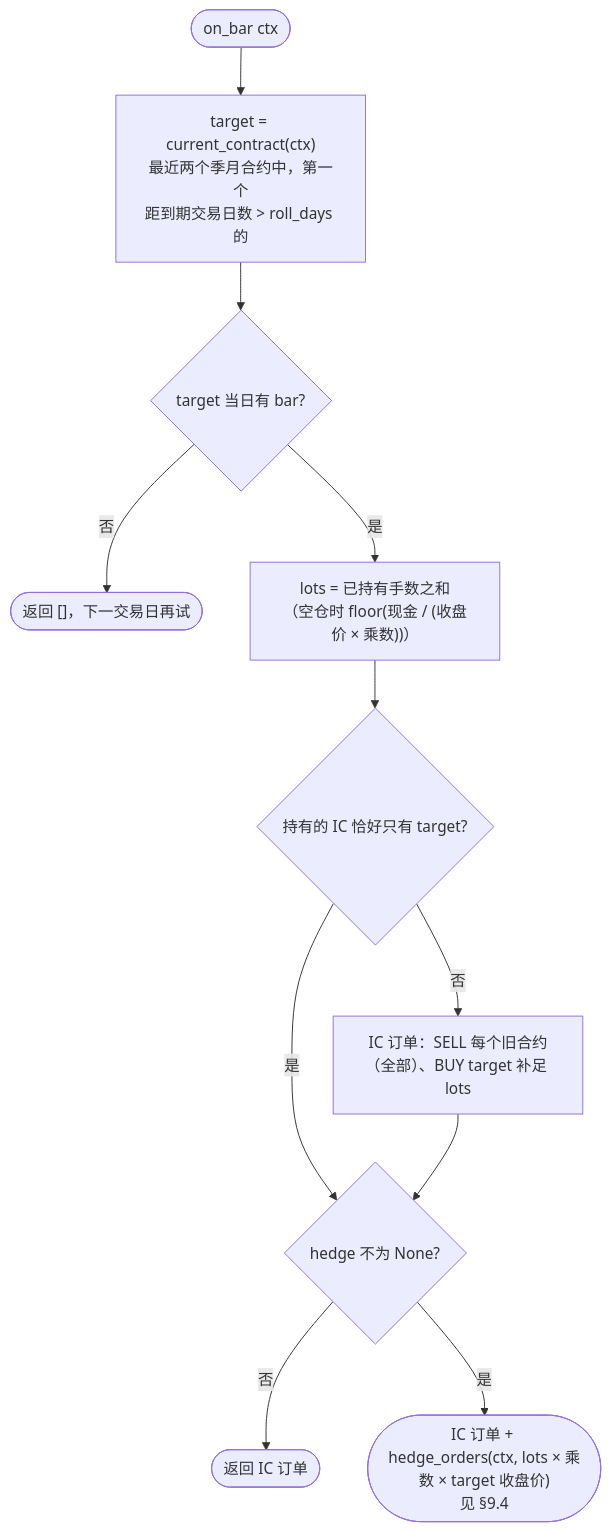
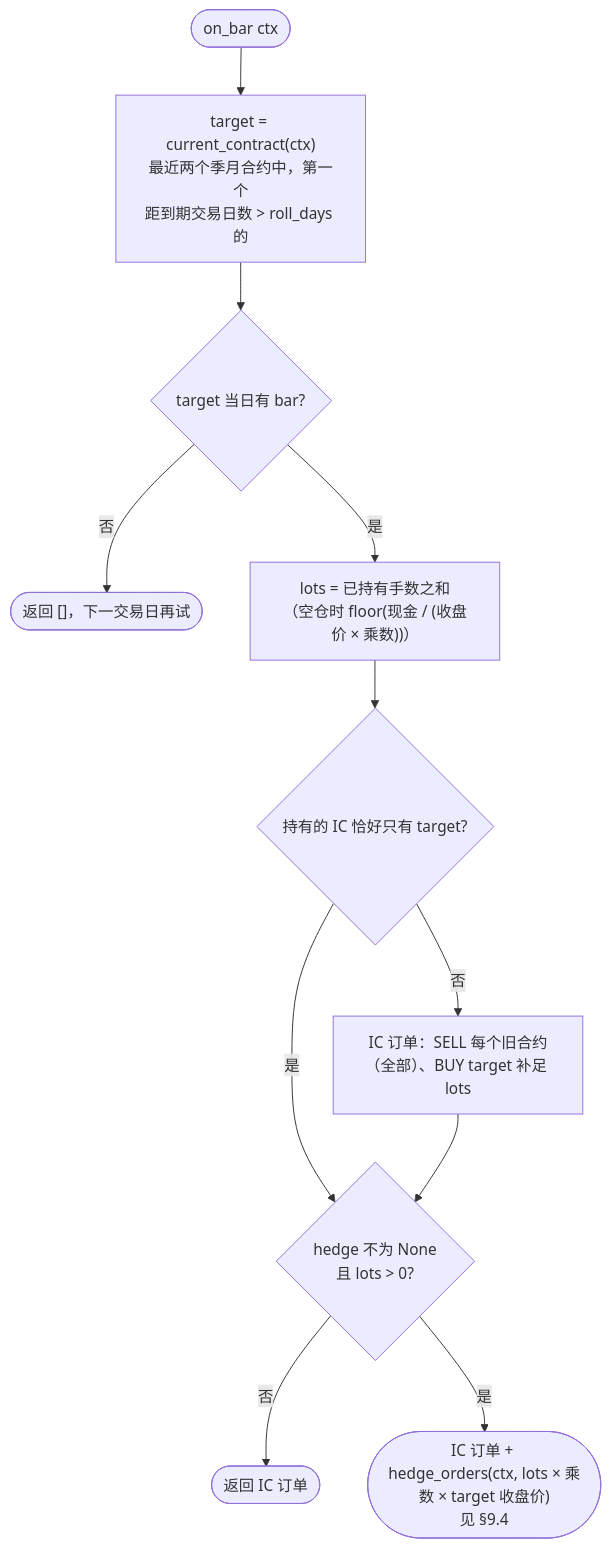
Diagram 22 of 27 in docs/code-walkthrough.md (guevara12345/quant), drawn with Mermaid before and after one commit. The commit also changed other lines of this file and 1 other file, not shown here.

````diff
--- a/docs/code-walkthrough.md
+++ b/docs/code-walkthrough.md
@@ -993,13 +998,13 @@
 ```mermaid
 flowchart TD
     In([on_bar ctx]) --> T["target = current_contract(ctx)<br/>最近两个季月合约中，第一个<br/>距到期交易日数 > roll_days 的"]
     T --> Bar{"target 当日有 bar?"}
     Bar -- 否 --> E1(["返回 []，下一交易日再试"])
     Bar -- 是 --> Lots["lots = 已持有手数之和<br/>（空仓时 floor(现金 / (收盘价 × 乘数))）"]
     Lots --> Same{"持有的 IC 恰好只有 target?"}
     Same -- 否 --> Roll["IC 订单：SELL 每个旧合约（全部）、BUY target 补足 lots"]
     Same -- 是 --> H
-    Roll --> H{"hedge 不为 None?"}
+    Roll --> H{"hedge 不为 None<br/>且 lots > 0?"}
     H -- 否 --> Out(["返回 IC 订单"])
     H -- 是 --> HO(["IC 订单 + hedge_orders(ctx, lots × 乘数 × target 收盘价)<br/>见 §9.4"])
 ```
````
